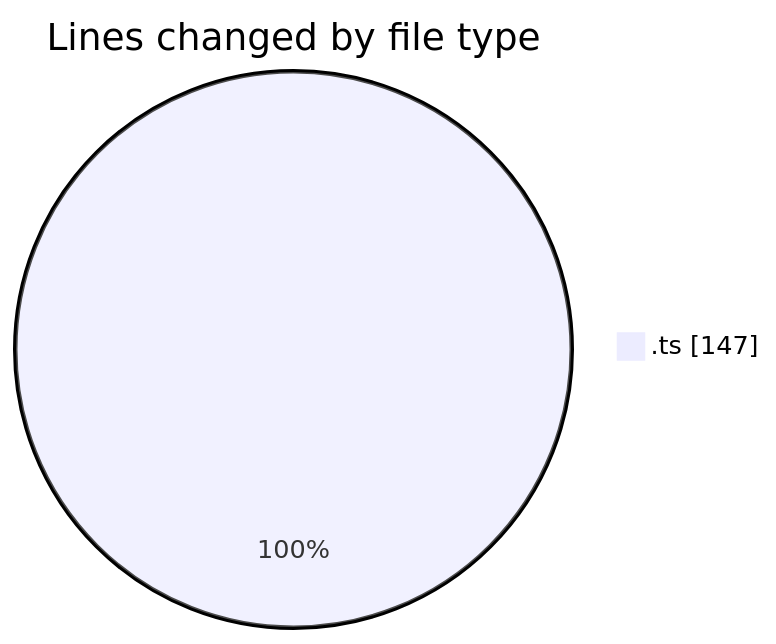
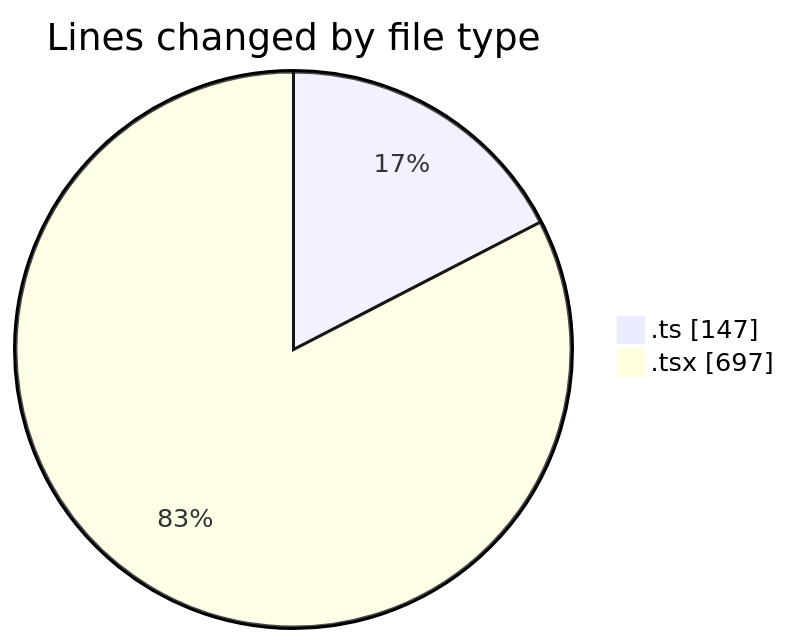
The first of 2 diagrams in 2026-03-26/nxtqube_webapp/README.md (nxtqubesakshisongat/code-tracking), drawn with Mermaid before and after one commit. The commit also changed other lines of this file and 1 other file, not shown here.

````diff
--- a/2026-03-26/nxtqube_webapp/README.md
+++ b/2026-03-26/nxtqube_webapp/README.md
@@ -20,5 +21,6 @@
 ```mermaid
 pie showData
 title Lines changed by file type
 ".ts" : 147
+".tsx" : 697
 ```
````
